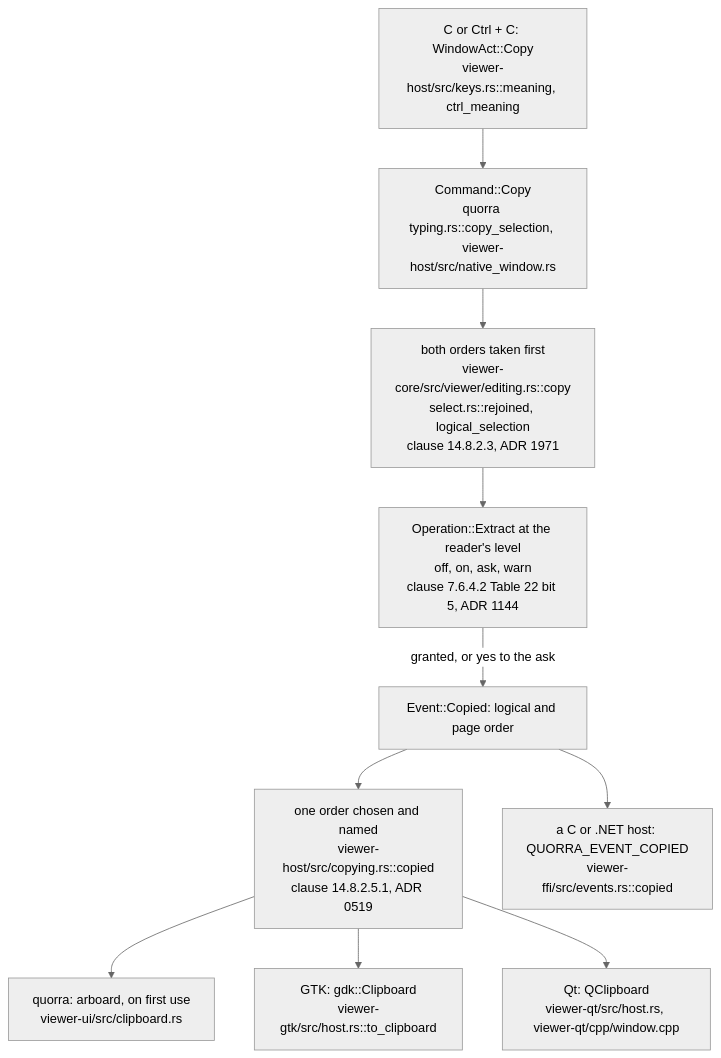
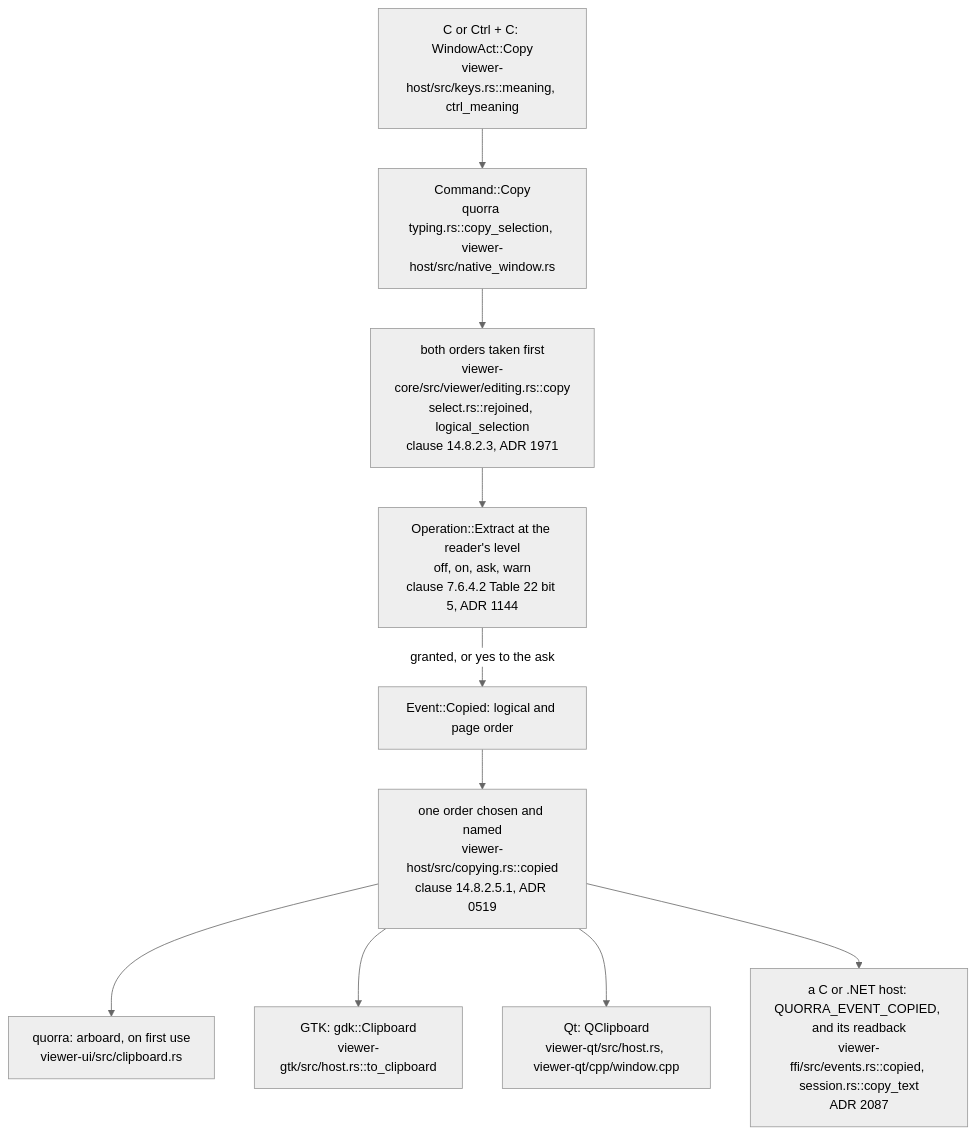
The sixth of 6 diagrams in doc/teaching/how-text-is-selected-and-copied.md (close2/pdf-viewer), drawn with Mermaid (neutral theme) before and after one commit. The commit also changed other lines of this file and 155 other files, not shown here.

````diff
--- a/doc/teaching/how-text-is-selected-and-copied.md
+++ b/doc/teaching/how-text-is-selected-and-copied.md
@@ -506,23 +509,23 @@
 ```mermaid
 flowchart TD
     KEY["C or Ctrl + C: WindowAct::Copy<br/>viewer-host/src/keys.rs::meaning, ctrl_meaning"]
     CMD["Command::Copy<br/>quorra typing.rs::copy_selection, viewer-host/src/native_window.rs"]
     TAKE["both orders taken first<br/>viewer-core/src/viewer/editing.rs::copy<br/>select.rs::rejoined, logical_selection<br/>clause 14.8.2.3, ADR 1971"]
     POLICY["Operation::Extract at the reader's level<br/>off, on, ask, warn<br/>clause 7.6.4.2 Table 22 bit 5, ADR 1144"]
     EVENT["Event::Copied: logical and page order"]
     CHOOSE["one order chosen and named<br/>viewer-host/src/copying.rs::copied<br/>clause 14.8.2.5.1, ADR 0519"]
     QUO["quorra: arboard, on first use<br/>viewer-ui/src/clipboard.rs"]
     GTK["GTK: gdk::Clipboard<br/>viewer-gtk/src/host.rs::to_clipboard"]
     QT["Qt: QClipboard<br/>viewer-qt/src/host.rs, viewer-qt/cpp/window.cpp"]
-    FFI["a C or .NET host: QUORRA_EVENT_COPIED<br/>viewer-ffi/src/events.rs::copied"]
+    FFI["a C or .NET host: QUORRA_EVENT_COPIED, and its readback<br/>viewer-ffi/src/events.rs::copied, session.rs::copy_text<br/>ADR 2087"]
 
     KEY --> CMD
     CMD --> TAKE
     TAKE --> POLICY
     POLICY -->|"granted, or yes to the ask"| EVENT
     EVENT --> CHOOSE
     CHOOSE --> QUO
     CHOOSE --> GTK
     CHOOSE --> QT
-    EVENT --> FFI
+    CHOOSE --> FFI
 ```
````
